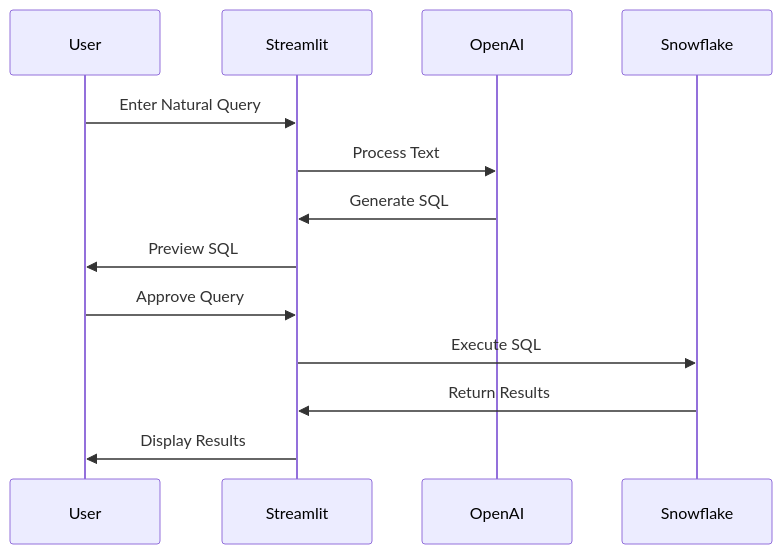
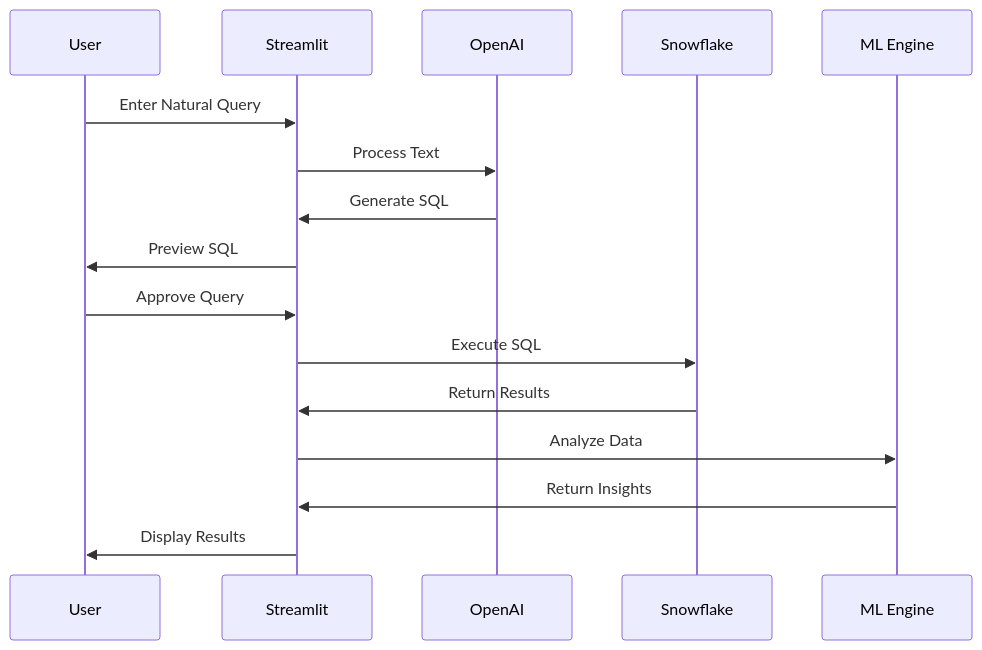
One commit to mikhil-code/agent-ai changed the second of 4 diagrams in snowflake_ai/SPEC.md. Above: the diagram before and after it, drawn with Mermaid. The commit also changed other lines of this file, not shown here.

````diff
--- a/snowflake_ai/SPEC.md
+++ b/snowflake_ai/SPEC.md
@@ -39,16 +19,19 @@
 ```mermaid
 sequenceDiagram
     participant User
     participant UI as Streamlit
-    participant AI as OpenAI
+    participant NLP as OpenAI
     participant DB as Snowflake
+    participant ML as ML Engine
     
     User->>UI: Enter Natural Query
-    UI->>AI: Process Text
-    AI->>UI: Generate SQL
+    UI->>NLP: Process Text
+    NLP->>UI: Generate SQL
     UI->>User: Preview SQL
     User->>UI: Approve Query
     UI->>DB: Execute SQL
     DB->>UI: Return Results
+    UI->>ML: Analyze Data
+    ML->>UI: Return Insights
     UI->>User: Display Results
 ```
````
